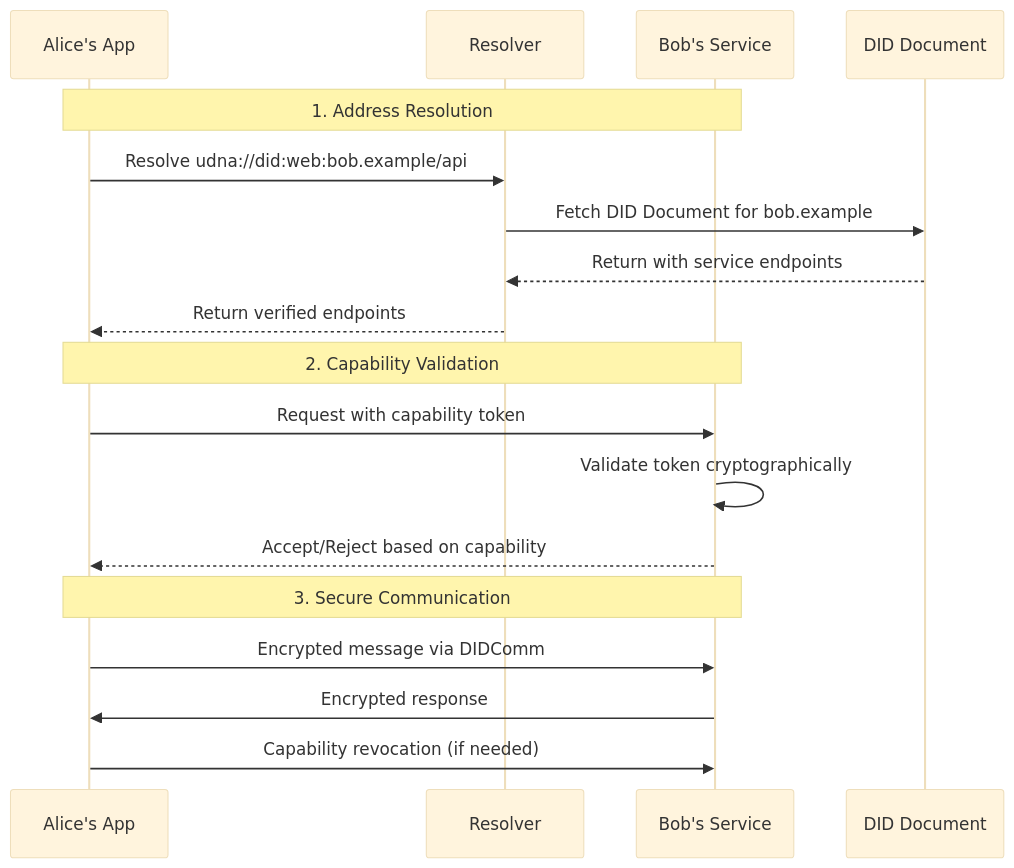
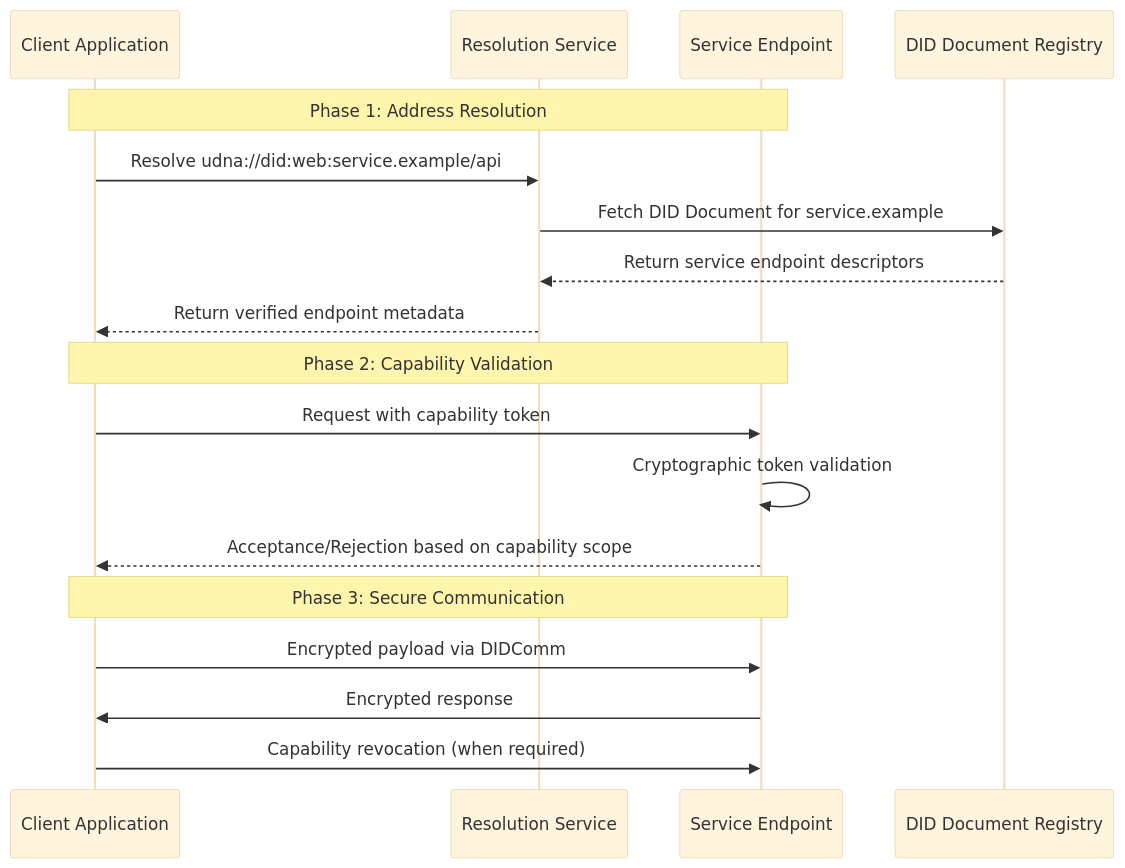
The second of 4 diagrams in README.md (w3c-cg/udna), drawn with Mermaid (base theme) before and after one commit. The commit also changed other lines of this file, not shown here.

````diff
--- a/README.md
+++ b/README.md
@@ -363,23 +363,23 @@
 ```mermaid
 sequenceDiagram
-    participant A as Alice's App
-    participant R as Resolver
-    participant B as Bob's Service
-    participant D as DID Document
+    participant A as Client Application
+    participant R as Resolution Service
+    participant S as Service Endpoint
+    participant D as DID Document Registry
     
-    Note over A,B: 1. Address Resolution
-    A->>R: Resolve udna://did:web:bob.example/api
-    R->>D: Fetch DID Document for bob.example
-    D-->>R: Return with service endpoints
-    R-->>A: Return verified endpoints
+    Note over A,S: Phase 1: Address Resolution
+    A->>R: Resolve udna://did:web:service.example/api
+    R->>D: Fetch DID Document for service.example
+    D-->>R: Return service endpoint descriptors
+    R-->>A: Return verified endpoint metadata
     
-    Note over A,B: 2. Capability Validation
-    A->>B: Request with capability token
-    B->>B: Validate token cryptographically
-    B-->>A: Accept/Reject based on capability
+    Note over A,S: Phase 2: Capability Validation
+    A->>S: Request with capability token
+    S->>S: Cryptographic token validation
+    S-->>A: Acceptance/Rejection based on capability scope
     
-    Note over A,B: 3. Secure Communication
-    A->>B: Encrypted message via DIDComm
-    B->>A: Encrypted response
-    A->>B: Capability revocation (if needed)
+    Note over A,S: Phase 3: Secure Communication
+    A->>S: Encrypted payload via DIDComm
+    S->>A: Encrypted response
+    A->>S: Capability revocation (when required)
 ```
````
